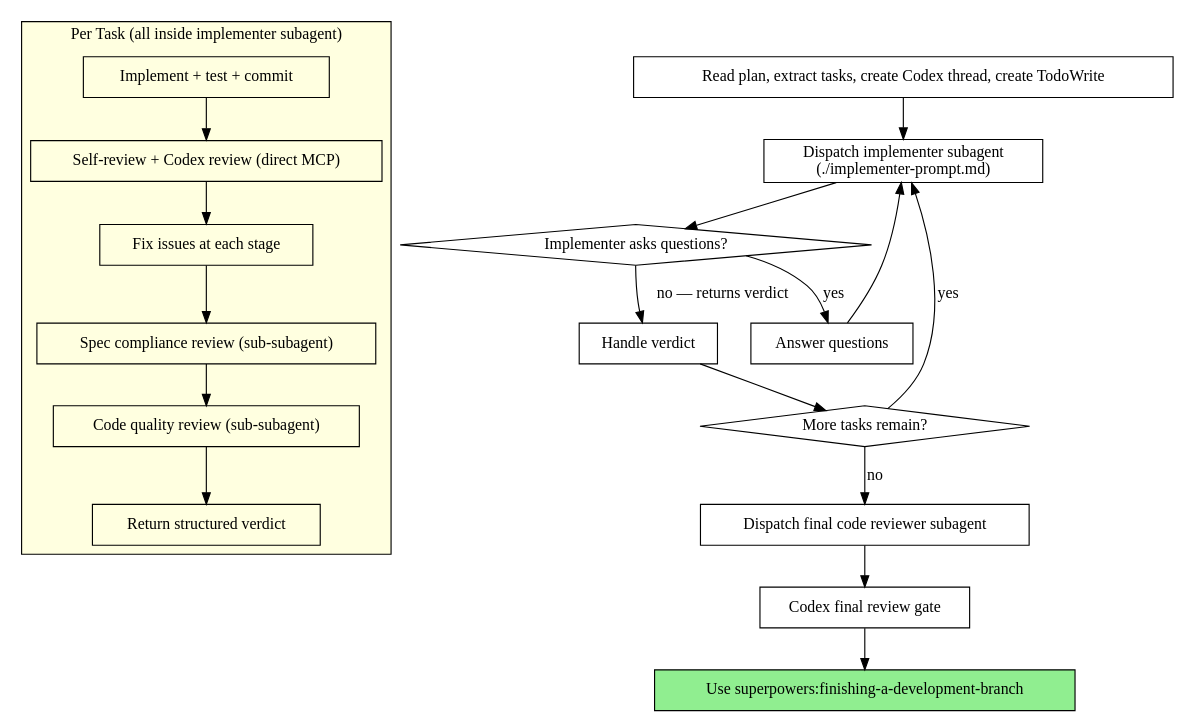
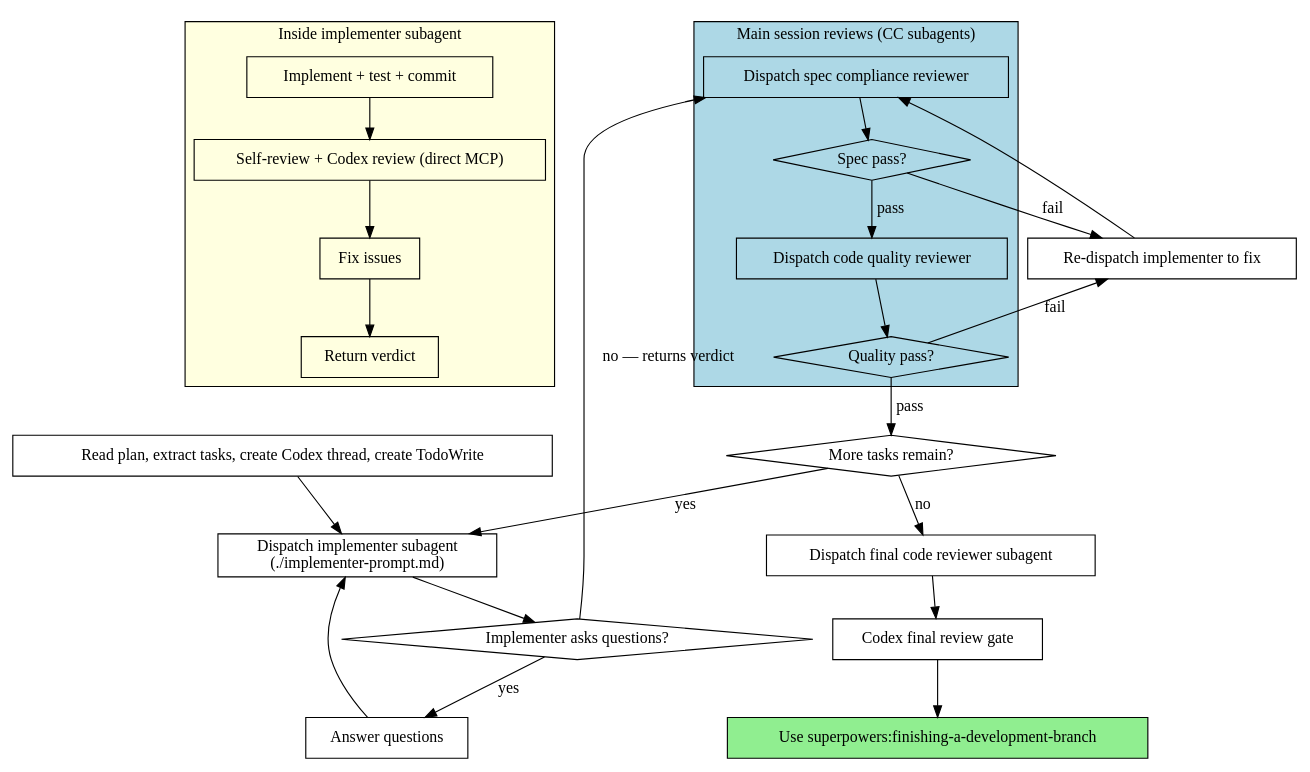
Before and after one commit to ebitoro/superpowers: the second of 2 diagrams in skills/subagent-driven-development/SKILL.md, drawn with Graphviz. The commit also changed other lines of this file and 3 other files, not shown here.

First line of the commit message:
refactor(skills): move spec/quality reviews to main session, always use Opus

````diff
--- a/skills/subagent-driven-development/SKILL.md
+++ b/skills/subagent-driven-development/SKILL.md
@@ -73,44 +73,56 @@
 ```dot
 digraph process {
     rankdir=TB;
 
-    subgraph cluster_per_task {
-        label="Per Task (all inside implementer subagent)";
+    subgraph cluster_implementer {
+        label="Inside implementer subagent";
         style=filled;
         fillcolor=lightyellow;
         "Implement + test + commit" [shape=box];
         "Self-review + Codex review (direct MCP)" [shape=box];
-        "Spec compliance review (sub-subagent)" [shape=box];
-        "Code quality review (sub-subagent)" [shape=box];
-        "Fix issues at each stage" [shape=box];
-        "Return structured verdict" [shape=box];
+        "Fix issues" [shape=box];
+        "Return verdict" [shape=box];
 
         "Implement + test + commit" -> "Self-review + Codex review (direct MCP)";
-        "Self-review + Codex review (direct MCP)" -> "Fix issues at each stage";
-        "Fix issues at each stage" -> "Spec compliance review (sub-subagent)";
-        "Spec compliance review (sub-subagent)" -> "Code quality review (sub-subagent)";
-        "Code quality review (sub-subagent)" -> "Return structured verdict";
+        "Self-review + Codex review (direct MCP)" -> "Fix issues";
+        "Fix issues" -> "Return verdict";
+    }
+
+    subgraph cluster_main_reviews {
+        label="Main session reviews (CC subagents)";
+        style=filled;
+        fillcolor=lightblue;
+        "Dispatch spec compliance reviewer" [shape=box];
+        "Spec pass?" [shape=diamond];
+        "Dispatch code quality reviewer" [shape=box];
+        "Quality pass?" [shape=diamond];
     }
 
     "Read plan, extract tasks, create Codex thread, create TodoWrite" [shape=box];
     "Dispatch implementer subagent\n(./implementer-prompt.md)" [shape=box];
     "Implementer asks questions?" [shape=diamond];
     "Answer questions" [shape=box];
-    "Handle verdict" [shape=box];
+    "Re-dispatch implementer to fix" [shape=box];
     "More tasks remain?" [shape=diamond];
     "Dispatch final code reviewer subagent" [shape=box];
     "Codex final review gate" [shape=box];
     "Use superpowers:finishing-a-development-branch" [shape=box style=filled fillcolor=lightgreen];
 
     "Read plan, extract tasks, create Codex thread, create TodoWrite" -> "Dispatch implementer subagent\n(./implementer-prompt.md)";
     "Dispatch implementer subagent\n(./implementer-prompt.md)" -> "Implementer asks questions?";
     "Implementer asks questions?" -> "Answer questions" [label="yes"];
     "Answer questions" -> "Dispatch implementer subagent\n(./implementer-prompt.md)";
-    "Implementer asks questions?" -> "Handle verdict" [label="no — returns verdict"];
-    "Handle verdict" -> "More tasks remain?";
+    "Implementer asks questions?" -> "Dispatch spec compliance reviewer" [label="no — returns verdict"];
+    "Dispatch spec compliance reviewer" -> "Spec pass?";
+    "Spec pass?" -> "Dispatch code quality reviewer" [label="pass"];
+    "Spec pass?" -> "Re-dispatch implementer to fix" [label="fail"];
+    "Re-dispatch implementer to fix" -> "Dispatch spec compliance reviewer";
+    "Dispatch code quality reviewer" -> "Quality pass?";
+    "Quality pass?" -> "More tasks remain?" [label="pass"];
+    "Quality pass?" -> "Re-dispatch implementer to fix" [label="fail"];
     "More tasks remain?" -> "Dispatch implementer subagent\n(./implementer-prompt.md)" [label="yes"];
     "More tasks remain?" -> "Dispatch final code reviewer subagent" [label="no"];
     "Dispatch final code reviewer subagent" -> "Codex final review gate";
     "Codex final review gate" -> "Use superpowers:finishing-a-development-branch";
 }
 ```
````
